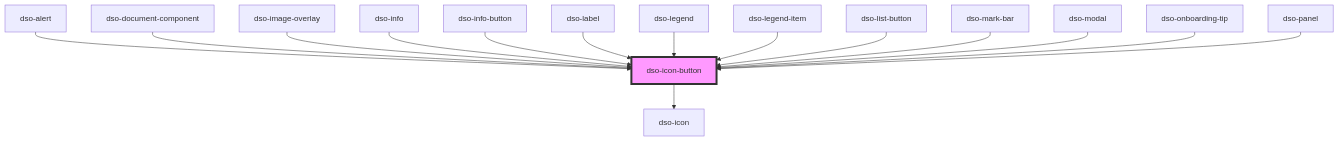
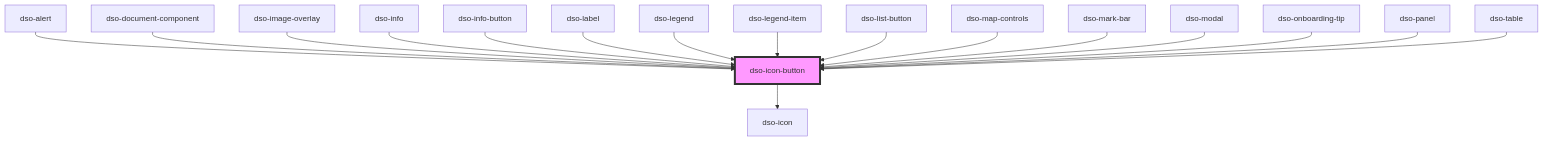
Before and after one commit to dso-toolkit/dso-toolkit: the diagram in packages/core/src/components/icon-button/readme.md, drawn with Mermaid. The commit also changed other lines of this file and 23 other files, not shown here.

Commit message:
#3362 [Changed] Map Controls: Icon Button integratie

````diff
--- a/packages/core/src/components/icon-button/readme.md
+++ b/packages/core/src/components/icon-button/readme.md
@@ -62,18 +64,20 @@
 ```mermaid
 graph TD;
   dso-icon-button --> dso-icon
   dso-alert --> dso-icon-button
   dso-document-component --> dso-icon-button
   dso-image-overlay --> dso-icon-button
   dso-info --> dso-icon-button
   dso-info-button --> dso-icon-button
   dso-label --> dso-icon-button
   dso-legend --> dso-icon-button
   dso-legend-item --> dso-icon-button
   dso-list-button --> dso-icon-button
+  dso-map-controls --> dso-icon-button
   dso-mark-bar --> dso-icon-button
   dso-modal --> dso-icon-button
   dso-onboarding-tip --> dso-icon-button
   dso-panel --> dso-icon-button
+  dso-table --> dso-icon-button
   style dso-icon-button fill:#f9f,stroke:#333,stroke-width:4px
 ```
````
